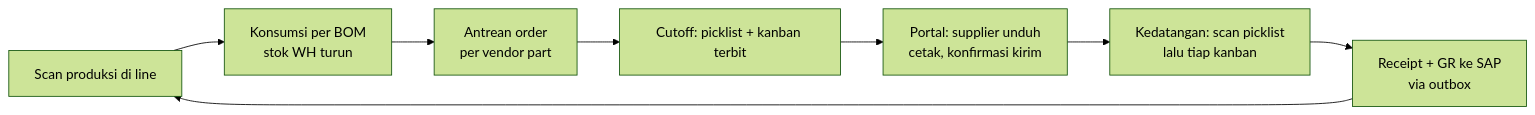
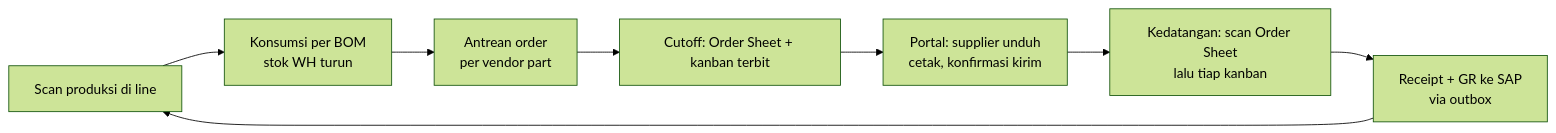
One commit to aisin-remote/ares changed the third of 5 diagrams in docs/PRD.md. Above: the diagram before and after it, drawn with Mermaid (forest theme). The commit also changed other lines of this file and 227 other files, not shown here.

Commit message:
Lengkapi ARES: Order Sheet, receiving, SAP, keamanan, dan UI

````diff
--- a/docs/PRD.md
+++ b/docs/PRD.md
@@ -111,10 +113,10 @@
 ```mermaid
 flowchart LR
     A[Scan produksi di line] --> B[Konsumsi per BOM<br/>stok WH turun]
     B --> C[Antrean order<br/>per vendor part]
-    C --> D[Cutoff: picklist + kanban terbit]
+    C --> D[Cutoff: Order Sheet + kanban terbit]
     D --> E[Portal: supplier unduh<br/>cetak, konfirmasi kirim]
-    E --> F[Kedatangan: scan picklist<br/>lalu tiap kanban]
+    E --> F[Kedatangan: scan Order Sheet<br/>lalu tiap kanban]
     F --> G[Receipt + GR ke SAP<br/>via outbox]
     G --> A
 ```
````
